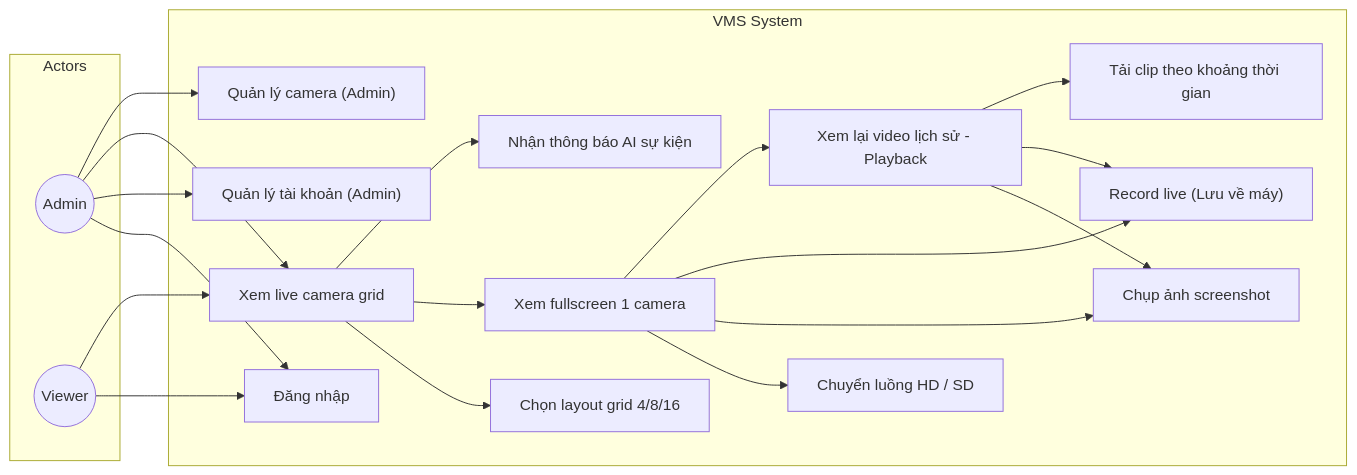
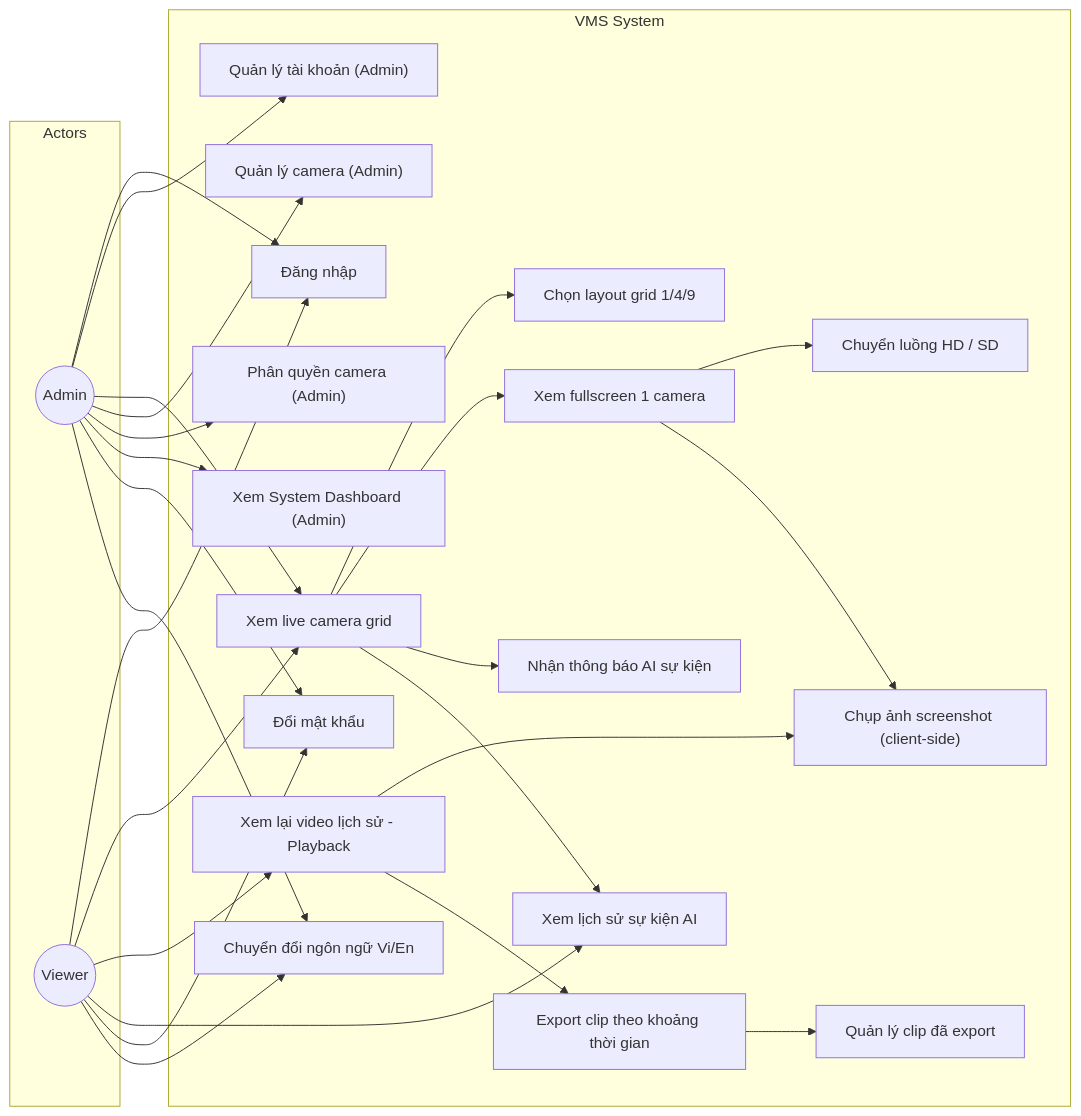
Before and after one commit to 20225760kquang/CNWEB_20252: the third of 10 diagrams in cam.ai/system_design_2_roles.md, drawn with Mermaid. The commit also changed other lines of this file, not shown here.

Commit message:
update system design

````diff
--- a/cam.ai/system_design_2_roles.md
+++ b/cam.ai/system_design_2_roles.md
@@ -378,40 +526,52 @@
 ```mermaid
 graph LR
     subgraph Actors
         AD((Admin))
         VW((Viewer))
     end
 
     subgraph System["VMS System"]
         UC1["Đăng nhập"]
         UC2["Quản lý tài khoản (Admin)"]
         UC3["Xem live camera grid"]
-        UC4["Chọn layout grid 4/8/16"]
+        UC4["Chọn layout grid 1/4/9"]
         UC5["Xem fullscreen 1 camera"]
         UC6["Chuyển luồng HD / SD"]
-        UC7["Chụp ảnh screenshot"]
-        UC8["Record live (Lưu về máy)"]
-        UC9["Xem lại video lịch sử - Playback"]
-        UC10["Tải clip theo khoảng thời gian"]
-        UC11["Nhận thông báo AI sự kiện"]
+        UC7["Chụp ảnh screenshot (client-side)"]
+        UC8["Xem lại video lịch sử - Playback"]
+        UC9["Export clip theo khoảng thời gian"]
+        UC10["Nhận thông báo AI sự kiện"]
+        UC11["Xem lịch sử sự kiện AI"]
         UC12["Quản lý camera (Admin)"]
+        UC13["Phân quyền camera (Admin)"]
+        UC14["Xem System Dashboard (Admin)"]
+        UC15["Đổi mật khẩu"]
+        UC16["Chuyển đổi ngôn ngữ Vi/En"]
+        UC17["Quản lý clip đã export"]
     end
 
     AD --> UC1
     AD --> UC2
     AD --> UC3
     AD --> UC12
+    AD --> UC13
+    AD --> UC14
+    AD --> UC15
+    AD --> UC16
     VW --> UC1
     VW --> UC3
+    VW --> UC8
+    VW --> UC11
+    VW --> UC15
+    VW --> UC16
 
     UC3 --> UC4
     UC3 --> UC5
-    UC3 --> UC11
+    UC3 --> UC10
     UC5 --> UC6
     UC5 --> UC7
-    UC5 --> UC8
-    UC5 --> UC9
-    UC9 --> UC7
-    UC9 --> UC8
-    UC9 --> UC10
+    UC8 --> UC7
+    UC8 --> UC9
+    UC9 --> UC17
+    UC3 --> UC11
 ```
````
